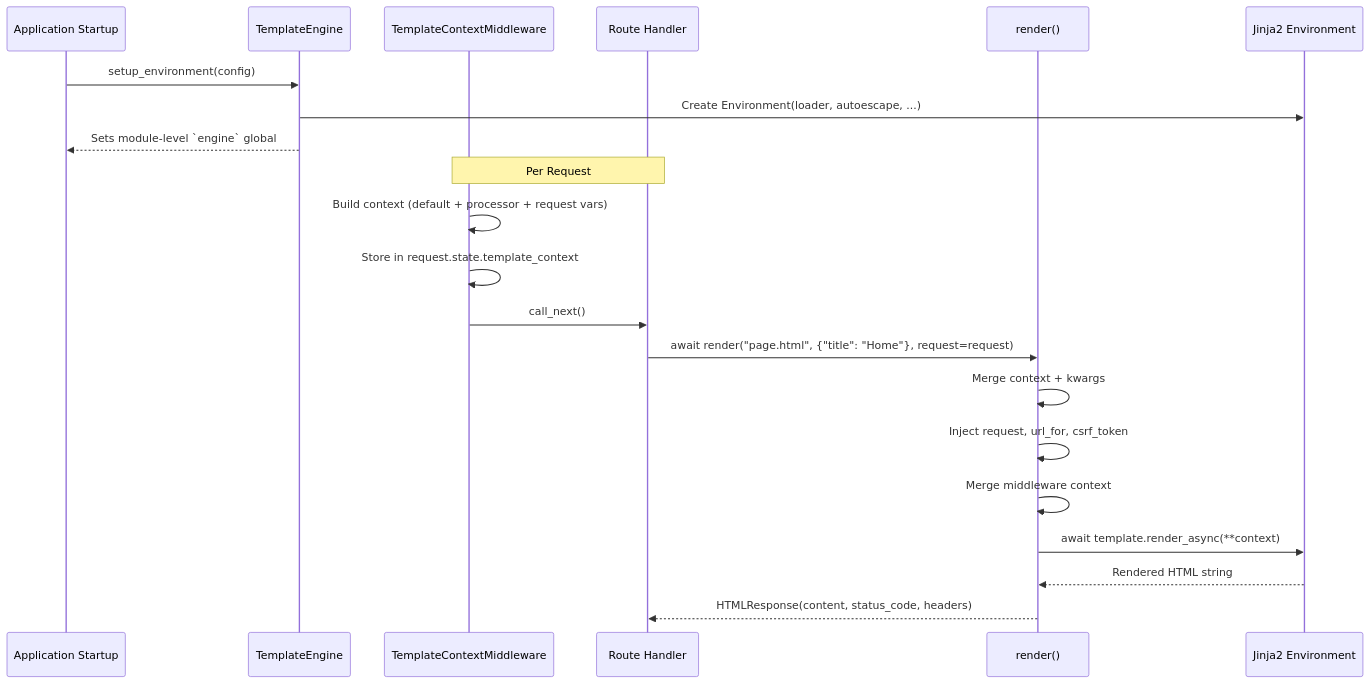
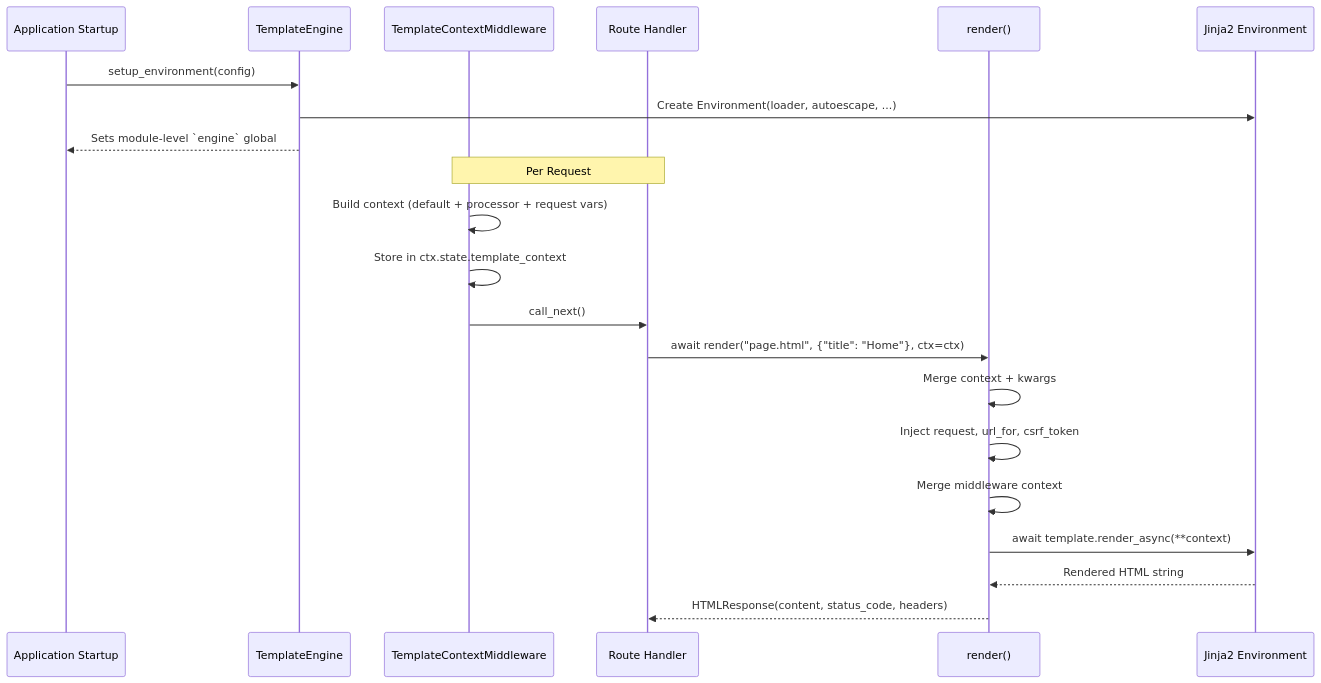
Before and after one commit to sillohq/core: the first of 3 diagrams in docs/docs/src/content/docs/v1.0/advanced/templating.md, drawn with Mermaid. The commit also changed other lines of this file and 72 other files, not shown here.

First line of the commit message:
v1: finish the rename — no `request` left where the object is a context

````diff
--- a/docs/docs/src/content/docs/v1.0/advanced/templating.md
+++ b/docs/docs/src/content/docs/v1.0/advanced/templating.md
@@ -21,26 +21,26 @@
 ```mermaid
 sequenceDiagram
     participant App as Application Startup
     participant Engine as TemplateEngine
     participant MW as TemplateContextMiddleware
     participant Handler as Route Handler
     participant Render as render()
     participant Jinja as Jinja2 Environment
 
     App->>Engine: setup_environment(config)
     Engine->>Jinja: Create Environment(loader, autoescape, ...)
     Engine-->>App: Sets module-level `engine` global
 
     Note over MW,Handler: Per Request
     MW->>MW: Build context (default + processor + request vars)
-    MW->>MW: Store in request.state.template_context
+    MW->>MW: Store in ctx.state.template_context
     MW->>Handler: call_next()
 
-    Handler->>Render: await render("page.html", {"title": "Home"}, request=request)
+    Handler->>Render: await render("page.html", {"title": "Home"}, ctx=ctx)
     Render->>Render: Merge context + kwargs
     Render->>Render: Inject request, url_for, csrf_token
     Render->>Render: Merge middleware context
     Render->>Jinja: await template.render_async(**context)
     Jinja-->>Render: Rendered HTML string
     Render-->>Handler: HTMLResponse(content, status_code, headers)
 ```
````
